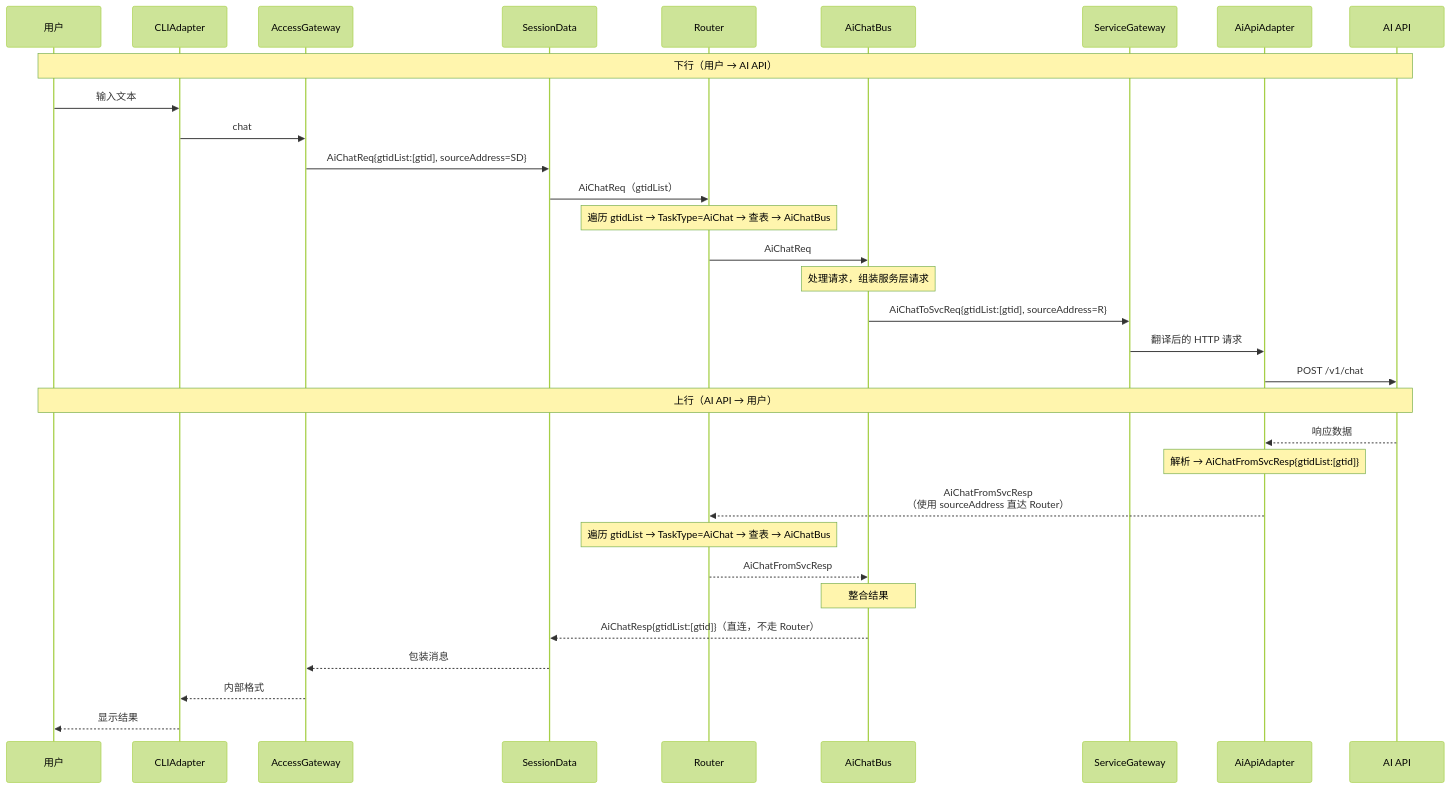
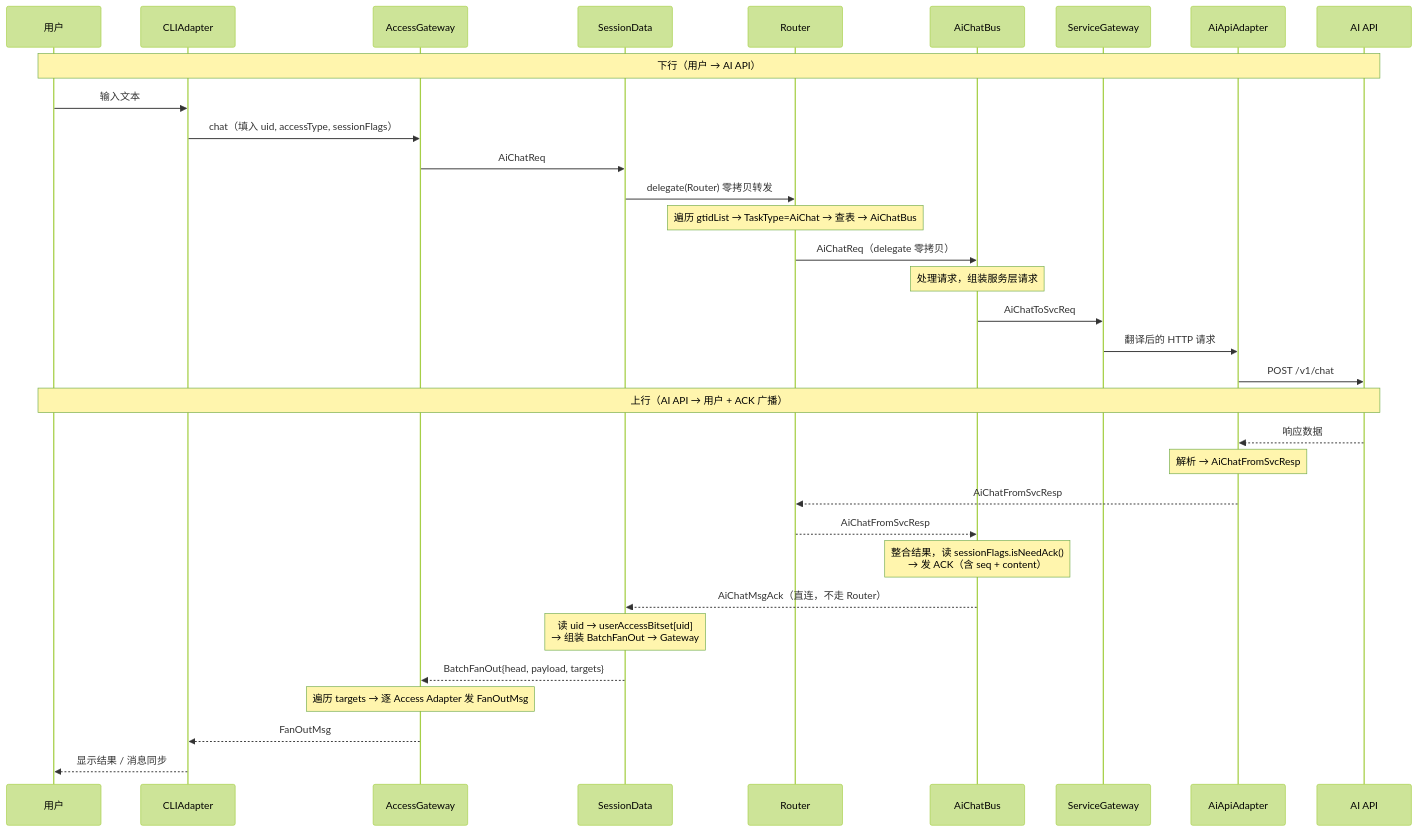
Before and after one commit to yun-qilong/flow_hub: the first of 2 diagrams in README.md, drawn with Mermaid (forest theme). The commit also changed other lines of this file and 13 other files, not shown here.

First line of the commit message:
[Doc]Define initial Session and Access layer design, update ADRs and docs

````diff
--- a/README.md
+++ b/README.md
@@ -306,38 +493,39 @@
 ```mermaid
 sequenceDiagram
     participant User as 用户
     participant CLI as CLIAdapter
     participant AG as AccessGateway
     participant SD as SessionData
     participant R as Router
     participant AI as AiChatBus
     participant SG as ServiceGateway
     participant ApiAd as AiApiAdapter
     participant ExtAPI as AI API
 
     Note over User,ExtAPI: 下行（用户 → AI API）
 
     User->>CLI: 输入文本
-    CLI->>AG: chat
-    AG->>SD: AiChatReq{gtidList:[gtid], sourceAddress=SD}
-    SD->>R: AiChatReq（gtidList）
+    CLI->>AG: chat（填入 uid, accessType, sessionFlags）
+    AG->>SD: AiChatReq
+    SD->>R: delegate(Router) 零拷贝转发
     Note over R: 遍历 gtidList → TaskType=AiChat → 查表 → AiChatBus
-    R->>AI: AiChatReq
+    R->>AI: AiChatReq（delegate 零拷贝）
     Note over AI: 处理请求，组装服务层请求
-    AI->>SG: AiChatToSvcReq{gtidList:[gtid], sourceAddress=R}
+    AI->>SG: AiChatToSvcReq
     SG->>ApiAd: 翻译后的 HTTP 请求
     ApiAd->>ExtAPI: POST /v1/chat
 
-    Note over User,ExtAPI: 上行（AI API → 用户）
+    Note over User,ExtAPI: 上行（AI API → 用户 + ACK 广播）
 
     ExtAPI-->>ApiAd: 响应数据
-    Note over ApiAd: 解析 → AiChatFromSvcResp{gtidList:[gtid]}
-    ApiAd-->>R: AiChatFromSvcResp<br/>（使用 sourceAddress 直达 Router）
-    Note over R: 遍历 gtidList → TaskType=AiChat → 查表 → AiChatBus
+    Note over ApiAd: 解析 → AiChatFromSvcResp
+    ApiAd-->>R: AiChatFromSvcResp
     R-->>AI: AiChatFromSvcResp
-    Note over AI: 整合结果
-    AI-->>SD: AiChatResp{gtidList:[gtid]}（直连，不走 Router）
-    SD-->>AG: 包装消息
-    AG-->>CLI: 内部格式
-    CLI-->>User: 显示结果
+    Note over AI: 整合结果，读 sessionFlags.isNeedAck()<br/>→ 发 ACK（含 seq + content）
+    AI-->>SD: AiChatMsgAck（直连，不走 Router）
+    Note over SD: 读 uid → userAccessBitset[uid]<br/>→ 组装 BatchFanOut → Gateway
+    SD-->>AG: BatchFanOut{head, payload, targets}
+    Note over AG: 遍历 targets → 逐 Access Adapter 发 FanOutMsg
+    AG-->>CLI: FanOutMsg
+    CLI-->>User: 显示结果 / 消息同步
 ```
````
